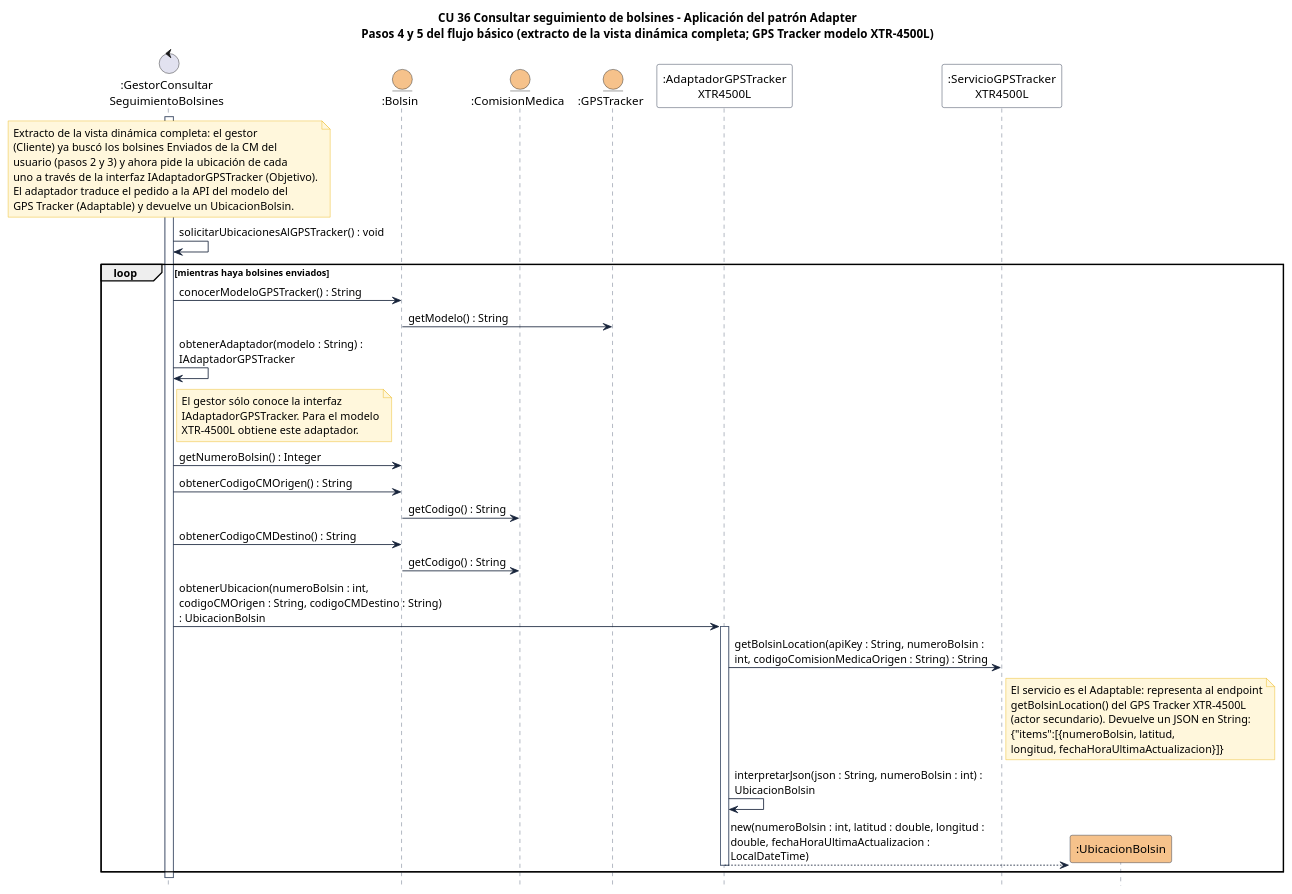
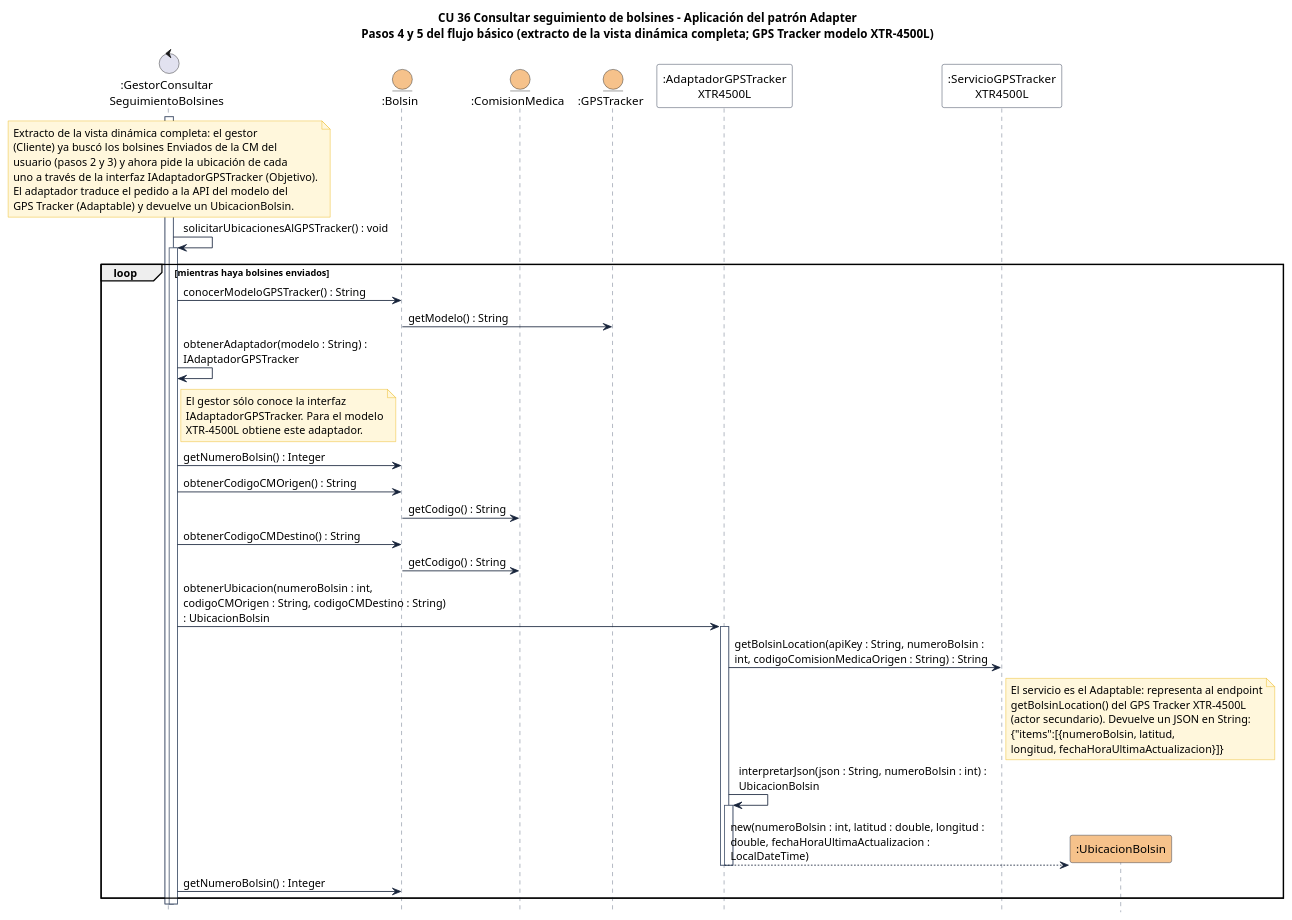
The diagram in docs/diagramas/Diagramas de dise├▒o (aplicaci├│n del patr├│n)/02b-secuencia-patron-adapter.puml (nicolasgiacone273-dev/ppai-bolsines-cu36), drawn with PlantUML before and after one commit. The commit also changed 12 other files, not shown here.

Commit message:
Diagramas consistentes con el código al detalle

```diff
--- a/docs/diagramas/Diagramas de dise├▒o (aplicaci├│n del patr├│n)/02b-secuencia-patron-adapter.puml
+++ b/docs/diagramas/Diagramas de dise├▒o (aplicaci├│n del patr├│n)/02b-secuencia-patron-adapter.puml
@@ -1,70 +1,75 @@
 @startuml 02b-secuencia-patron-adapter
 title CU 36 Consultar seguimiento de bolsines - Aplicación del patrón Adapter\nPasos 4 y 5 del flujo básico (extracto de la vista dinámica completa; GPS Tracker modelo XTR-4500L)
 
 hide footbox
 skinparam shadowing false
 skinparam defaultFontName Arial
 skinparam sequenceMessageAlign left
 skinparam maxMessageSize 320
 skinparam sequence {
   ArrowColor #17243B
   LifeLineBorderColor #4A5870
   ParticipantBorderColor #17243B
   ParticipantBackgroundColor #FFFFFF
 }
 skinparam note {
   BackgroundColor #FFF7DC
   BorderColor #E8B10A
 }
 
 ' Los objetos en color naranja representan a todos los objetos de la clase
 ' (o a un subconjunto); los blancos, a una única instancia.
 control ":GestorConsultar\nSeguimientoBolsines" as G
 entity ":Bolsin" as B #F6C28B
 entity ":ComisionMedica" as CM #F6C28B
 entity ":GPSTracker" as GT #F6C28B
 participant ":AdaptadorGPSTracker\nXTR4500L" as A
 participant ":ServicioGPSTracker\nXTR4500L" as SV
 participant ":UbicacionBolsin" as U #F6C28B
 
 note over G
   Extracto de la vista dinámica completa: el gestor
   (Cliente) ya buscó los bolsines Enviados de la CM del
   usuario (pasos 2 y 3) y ahora pide la ubicación de cada
   uno a través de la interfaz IAdaptadorGPSTracker (Objetivo).
   El adaptador traduce el pedido a la API del modelo del
   GPS Tracker (Adaptable) y devuelve un UbicacionBolsin.
 end note
 activate G
 G -> G : solicitarUbicacionesAlGPSTracker() : void
+activate G
 loop mientras haya bolsines enviados
   G -> B : conocerModeloGPSTracker() : String
   B -> GT : getModelo() : String
   G -> G : obtenerAdaptador(modelo : String) : IAdaptadorGPSTracker
   note right of G
     El gestor sólo conoce la interfaz
     IAdaptadorGPSTracker. Para el modelo
     XTR-4500L obtiene este adaptador.
   end note
   G -> B : getNumeroBolsin() : Integer
   G -> B : obtenerCodigoCMOrigen() : String
   B -> CM : getCodigo() : String
   G -> B : obtenerCodigoCMDestino() : String
   B -> CM : getCodigo() : String
   G -> A : obtenerUbicacion(numeroBolsin : int, codigoCMOrigen : String, codigoCMDestino : String) : UbicacionBolsin
   activate A
   A -> SV : getBolsinLocation(apiKey : String, numeroBolsin : int, codigoComisionMedicaOrigen : String) : String
   note right of SV
     El servicio es el Adaptable: representa al endpoint
     getBolsinLocation() del GPS Tracker XTR-4500L
     (actor secundario). Devuelve un JSON en String:
     {"items":[{numeroBolsin, latitud,
     longitud, fechaHoraUltimaActualizacion}]}
   end note
   A -> A : interpretarJson(json : String, numeroBolsin : int) : UbicacionBolsin
+  activate A
   create U
   A --> U : new(numeroBolsin : int, latitud : double, longitud : double, fechaHoraUltimaActualizacion : LocalDateTime)
   deactivate A
+  deactivate A
+  G -> B : getNumeroBolsin() : Integer
 end
 deactivate G
+deactivate G
 @enduml
```
